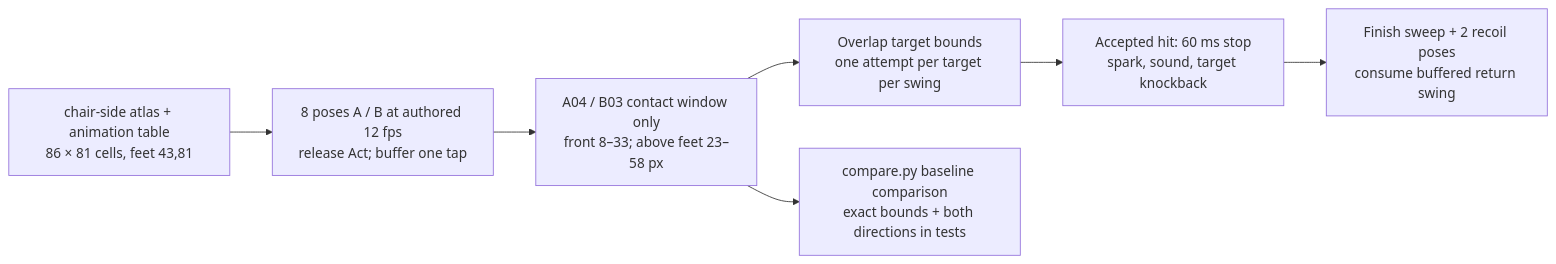
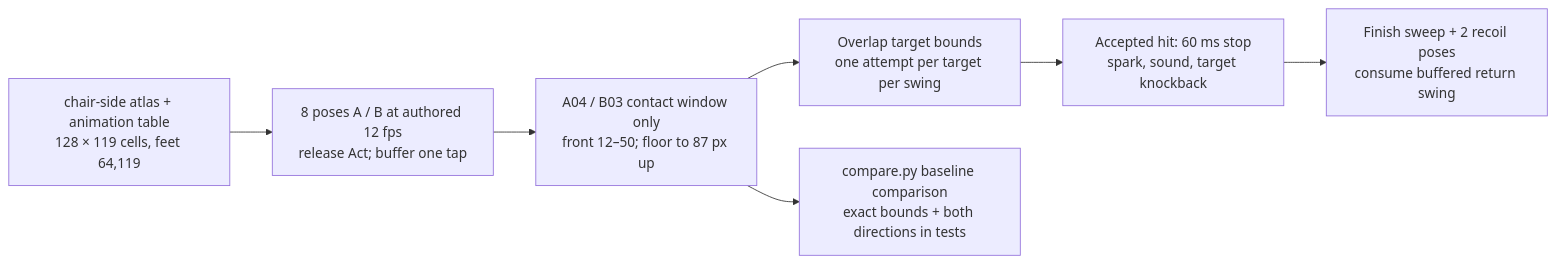
Before and after one commit to THD-AI/WinCS: the third of 5 diagrams in docs/02-GAME-DESIGN.md, drawn with Mermaid. The commit also changed other lines of this file and 5 other files, not shown here.

First line of the commit message:
feat(chair): reach measured on the 1.5x frames, side swing down to the floor

````diff
--- a/docs/02-GAME-DESIGN.md
+++ b/docs/02-GAME-DESIGN.md
@@ -159,9 +159,9 @@
 ```mermaid
 flowchart LR
-  IN["chair-side atlas + animation table<br/>86 × 81 cells, feet 43,81"] --> POSE["8 poses A / B at authored 12 fps<br/>release Act; buffer one tap"]
-  POSE --> MASK["A04 / B03 contact window only<br/>front 8–33; above feet 23–58 px"]
+  IN["chair-side atlas + animation table<br/>128 × 119 cells, feet 64,119"] --> POSE["8 poses A / B at authored 12 fps<br/>release Act; buffer one tap"]
+  POSE --> MASK["A04 / B03 contact window only<br/>front 12–50; floor to 87 px up"]
   MASK --> HIT["Overlap target bounds<br/>one attempt per target per swing"]
   HIT --> FX["Accepted hit: 60 ms stop<br/>spark, sound, target knockback"]
   FX --> OUT["Finish sweep + 2 recoil poses<br/>consume buffered return swing"]
   MASK --> CHECK["compare.py baseline comparison<br/>exact bounds + both directions in tests"]
 ```
````
